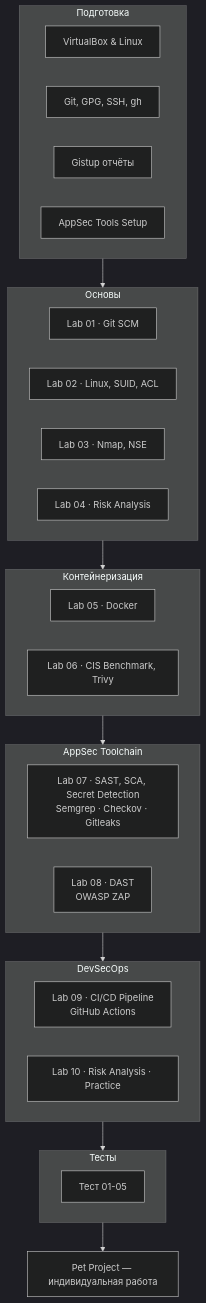
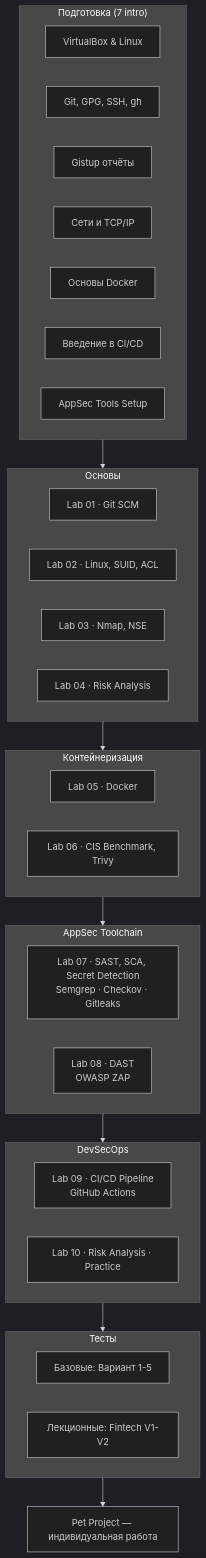
Before and after one commit to Drenajnayavoda/course_labs: the diagram in README.md, drawn with Mermaid (dark theme). The commit also changed other lines of this file, not shown here.

````diff
--- a/README.md
+++ b/README.md
@@ -67,44 +70,48 @@
 ```mermaid
 flowchart TD
-    subgraph Intro["Подготовка"]
+    subgraph Intro["Подготовка (7 intro)"]
         I01["VirtualBox & Linux"]
         I02["Git, GPG, SSH, gh"]
         I03["Gistup отчёты"]
-        I04["AppSec Tools Setup"]
+        I04["Сети и TCP/IP"]
+        I05["Основы Docker"]
+        I06["Введение в CI/CD"]
+        I07["AppSec Tools Setup"]
     end
 
     subgraph Foundations["Основы"]
         L01["Lab 01 · Git SCM"]
         L02["Lab 02 · Linux, SUID, ACL"]
         L03["Lab 03 · Nmap, NSE"]
         L04["Lab 04 · Risk Analysis"]
     end
 
     subgraph Containers["Контейнеризация"]
         L05["Lab 05 · Docker"]
         L06["Lab 06 · CIS Benchmark, Trivy"]
     end
 
     subgraph AppSec["AppSec Toolchain"]
         L07["Lab 07 · SAST, SCA, Secret Detection\nSemgrep · Checkov · Gitleaks"]
         L08["Lab 08 · DAST\nOWASP ZAP"]
     end
 
     subgraph DevSecOps["DevSecOps"]
         L09["Lab 09 · CI/CD Pipeline\nGitHub Actions"]
         L10["Lab 10 · Risk Analysis · Practice"]
     end
 
     subgraph Tests["Тесты"]
-        T01["Тест 01-05"]
+        T01["Базовые: Вариант 1-5"]
+        T02["Лекционные: Fintech V1-V2"]
     end
 
     PET["Pet Project — индивидуальная работа"]
 
     Intro --> Foundations
     Foundations --> Containers
     Containers --> AppSec
     AppSec --> DevSecOps
     DevSecOps --> Tests
     Tests --> PET
 ```
````
